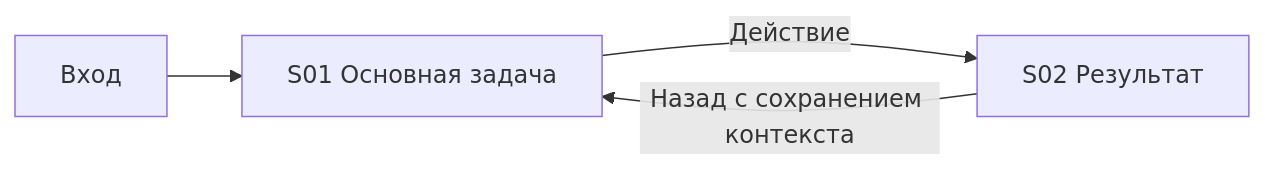
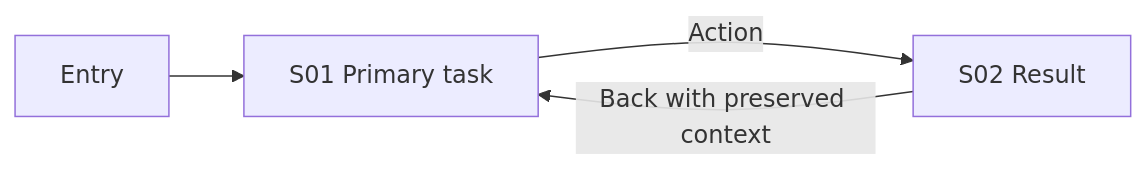
One commit to zxc0zxc0zxc/palarran-framework changed the diagram in templates/ux/concept.md. Above: the diagram before and after it, drawn with Mermaid. The commit also changed other lines of this file and 783 other files, not shown here.

````diff
--- a/templates/ux/concept.md
+++ b/templates/ux/concept.md
@@ -25,6 +25,6 @@
 ```mermaid
 flowchart LR
-  E[Вход] --> S01[S01 Основная задача]
-  S01 -->|Действие| S02[S02 Результат]
-  S02 -->|Назад с сохранением контекста| S01
+  E[Entry] --> S01[S01 Primary task]
+  S01 -->|Action| S02[S02 Result]
+  S02 -->|Back with preserved context| S01
 ```
````
